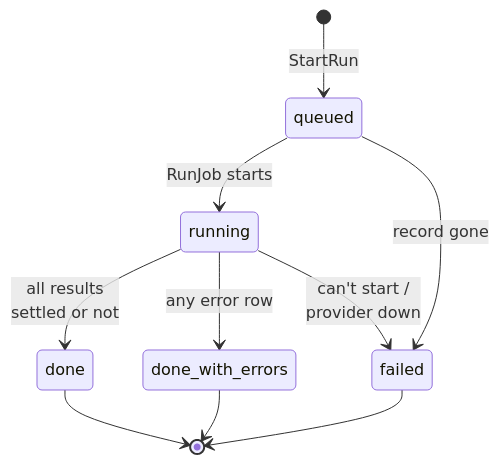
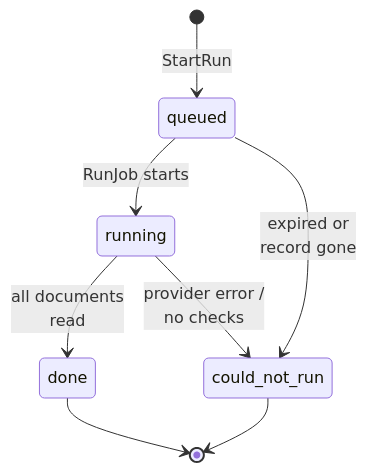
The fifth of 12 diagrams in openspec/changes/document-checks/design.md (sampadadiwan/IRM_CompanyMain), drawn with Mermaid before and after one commit. The commit also changed other lines of this file and 85 other files, not shown here.

````diff
--- a/openspec/changes/document-checks/design.md
+++ b/openspec/changes/document-checks/design.md
@@ -281,12 +289,10 @@
 ```mermaid
 stateDiagram-v2
     [*] --> queued: StartRun
     queued --> running: RunJob starts
-    running --> done: all results<br/>settled or not
-    running --> done_with_errors: any error row
-    running --> failed: can't start /<br/>provider down
-    queued --> failed: record gone
+    running --> done: all documents<br/>read
+    running --> could_not_run: provider error /<br/>no checks
+    queued --> could_not_run: expired or<br/>record gone
     done --> [*]
-    done_with_errors --> [*]
-    failed --> [*]
+    could_not_run --> [*]
 ```
````
